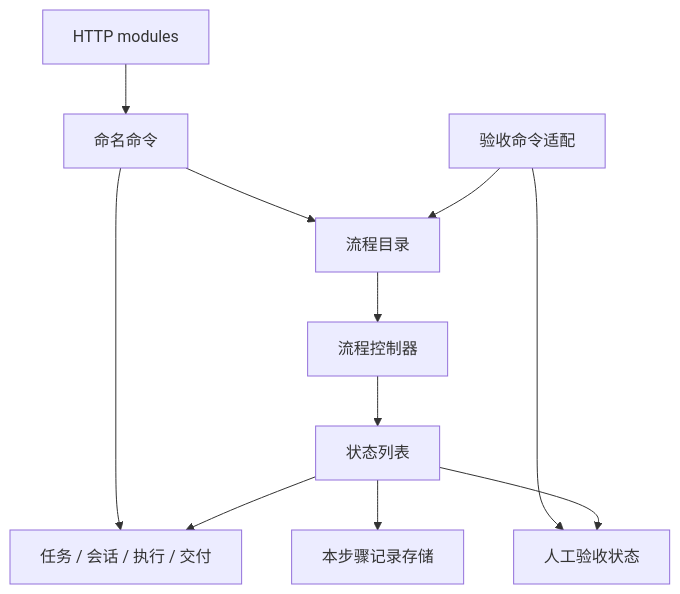
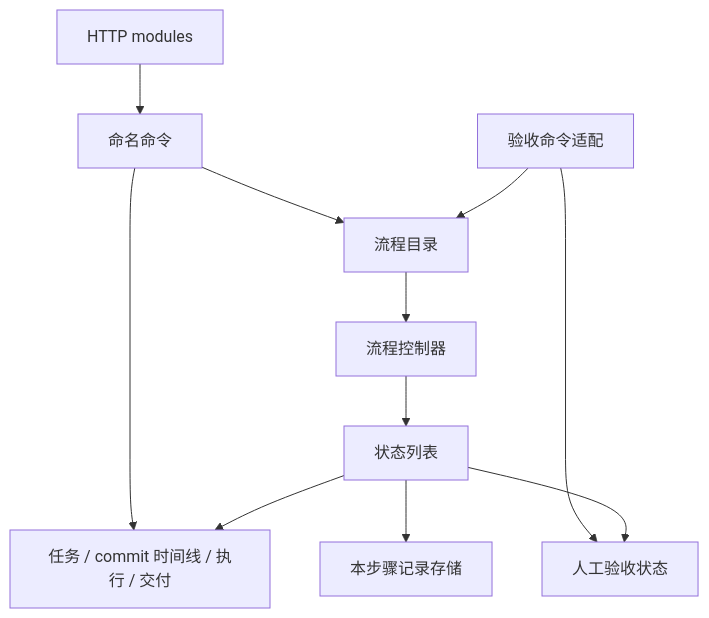
One commit to lengzhao/taskloom changed the diagram in docs/plugin-inventory-review.md. Above: the diagram before and after it, drawn with Mermaid. The commit also changed other lines of this file and 66 other files, not shown here.

````diff
--- a/docs/plugin-inventory-review.md
+++ b/docs/plugin-inventory-review.md
@@ -101,13 +81,13 @@
 ```mermaid
 flowchart TD
     HTTP[HTTP modules] --> Commands[命名命令]
-    Commands --> Facts[任务 / 会话 / 执行 / 交付]
+    Commands --> Facts[任务 / commit 时间线 / 执行 / 交付]
     Commands --> Directory[流程目录]
     Directory --> Flow[流程控制器]
     Flow --> Steps[状态列表]
     Steps --> Facts
     Steps --> SQL[本步骤记录存储]
     AcceptanceCommand[验收命令适配] --> Acceptance[人工验收状态]
     AcceptanceCommand --> Directory
     Steps --> Acceptance
 ```
````
